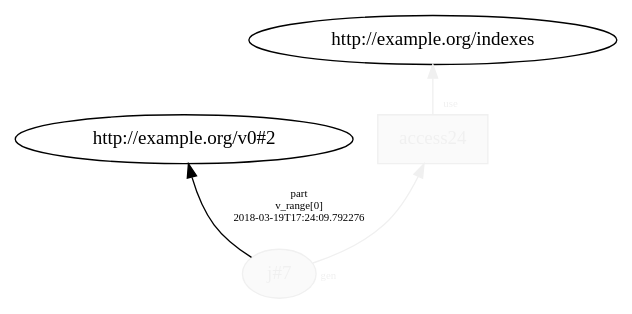
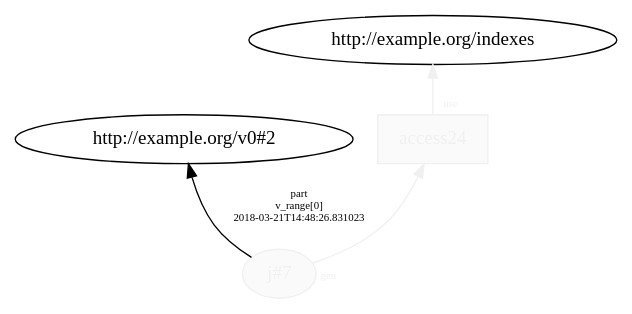
One commit to dew-uff/versioned-prov changed the diagram in generated/mutable_prov/temp/L17__loop_access_7.dot. Above: the diagram before and after it, drawn with Graphviz. The commit also changed 779 other files, not shown here.

```diff
--- a/generated/mutable_prov/temp/L17__loop_access_7.dot
+++ b/generated/mutable_prov/temp/L17__loop_access_7.dot
@@ -1,9 +1,9 @@
 digraph "PROV" { size="16,12"; rankdir="BT";
 "http://example.org/j#7" [fillcolor="#FAFAFA",color="#F0F0F0",style="filled",fontcolor="#F0F0F0",label="j#7",URL="http://example.org/j#7"]
 "http://example.org/j#7" -> "http://example.org/v0#2" [fontsize="8",distance="1.5",angle="60.0",rotation="20",label="part
 v_range[0]
-2018-03-19T17:24:09.792276"]
+2018-03-21T14:48:26.831023"]
 "http://example.org/access24" [fillcolor="#FAFAFA",color="#F0F0F0",shape="polygon",sides="4",style="filled",fontcolor="#F0F0F0",label="access24",URL="http://example.org/access24"]
 "http://example.org/access24" -> "http://example.org/indexes" [labelfontsize="8",labeldistance="1.5",labelangle="60.0",rotation="20",taillabel="use",fontcolor="#F0F0F0",color="#F0F0F0"]
 "http://example.org/j#7" -> "http://example.org/access24" [labelfontsize="8",labeldistance="1.5",labelangle="60.0",rotation="20",taillabel="gen",fontcolor="#F0F0F0",color="#F0F0F0"]
 }
```
